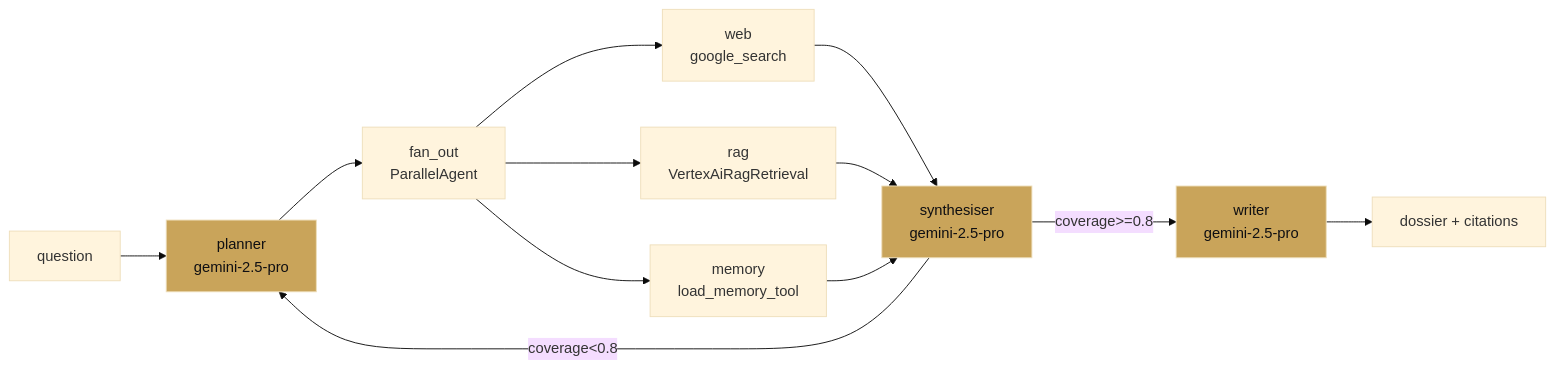
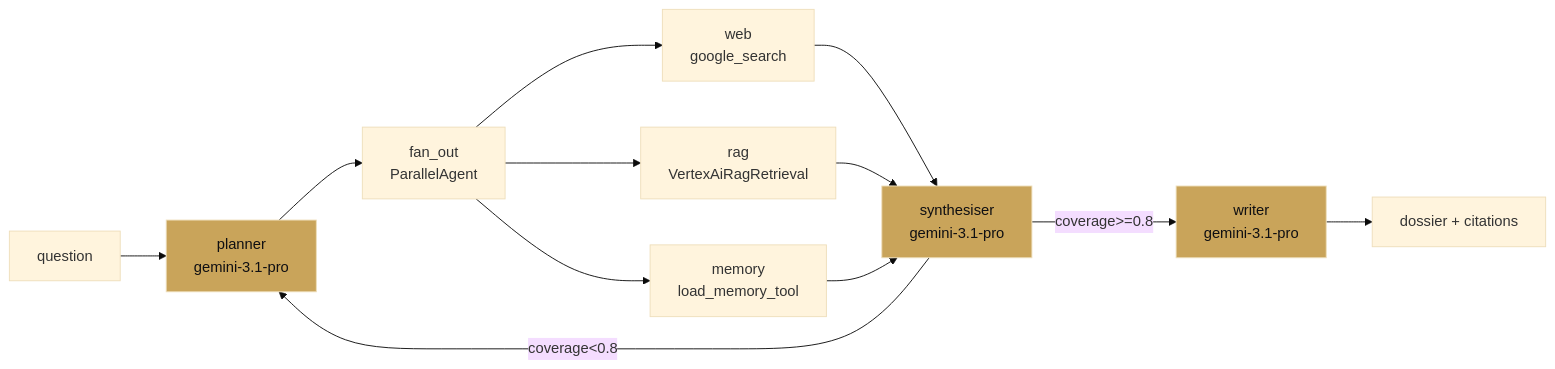
One commit to vmishra/Google-ADK-Cookbook changed the diagram in docs/18-case-studies/research-assistant.md. Above: the diagram before and after it, drawn with Mermaid (base theme). The commit also changed 35 other files, not shown here.

````diff
--- a/docs/18-case-studies/research-assistant.md
+++ b/docs/18-case-studies/research-assistant.md
@@ -13,15 +13,15 @@
 ```mermaid
 flowchart LR
-  Q[question] --> P[planner<br/>gemini-2.5-pro]
+  Q[question] --> P[planner<br/>gemini-3.1-pro]
   P --> FO[fan_out<br/>ParallelAgent]
   FO --> W[web<br/>google_search]
   FO --> R[rag<br/>VertexAiRagRetrieval]
   FO --> M[memory<br/>load_memory_tool]
-  W & R & M --> S[synthesiser<br/>gemini-2.5-pro]
+  W & R & M --> S[synthesiser<br/>gemini-3.1-pro]
   S -->|coverage<0.8| P
-  S -->|coverage>=0.8| WR[writer<br/>gemini-2.5-pro]
+  S -->|coverage>=0.8| WR[writer<br/>gemini-3.1-pro]
   WR --> Out[dossier + citations]
   style P fill:#c9a45a,color:#0f0f12
   style S fill:#c9a45a,color:#0f0f12
   style WR fill:#c9a45a,color:#0f0f12
 ```
````
